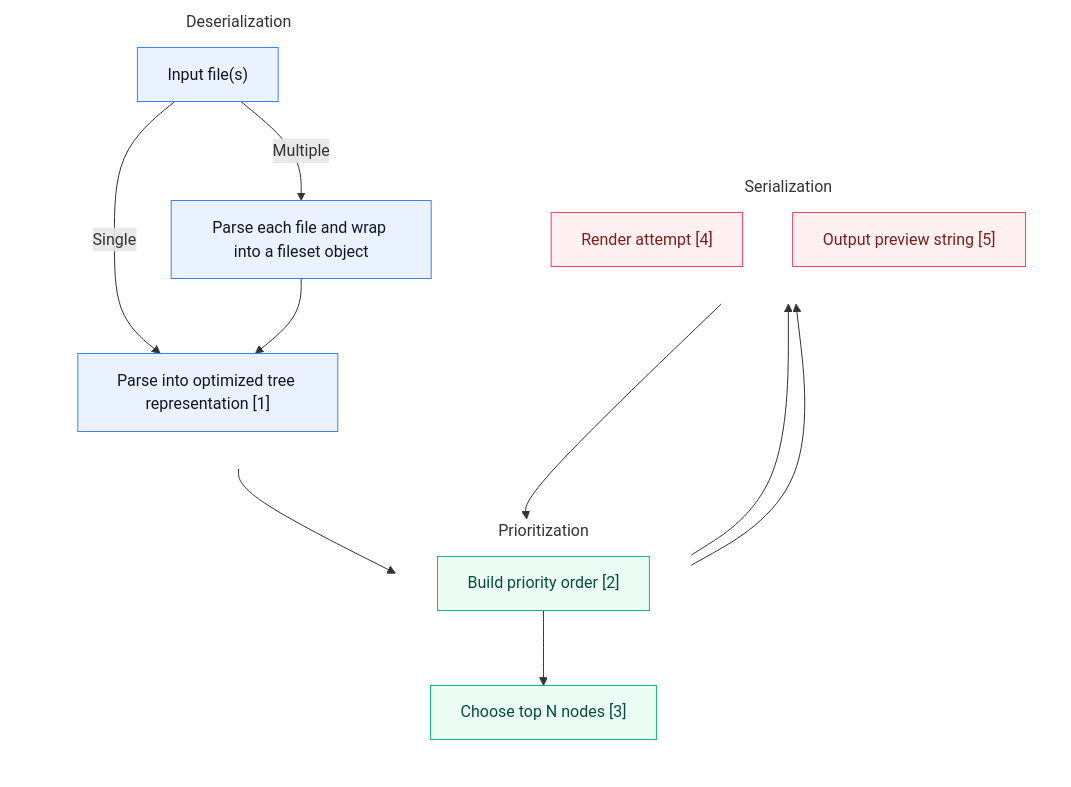
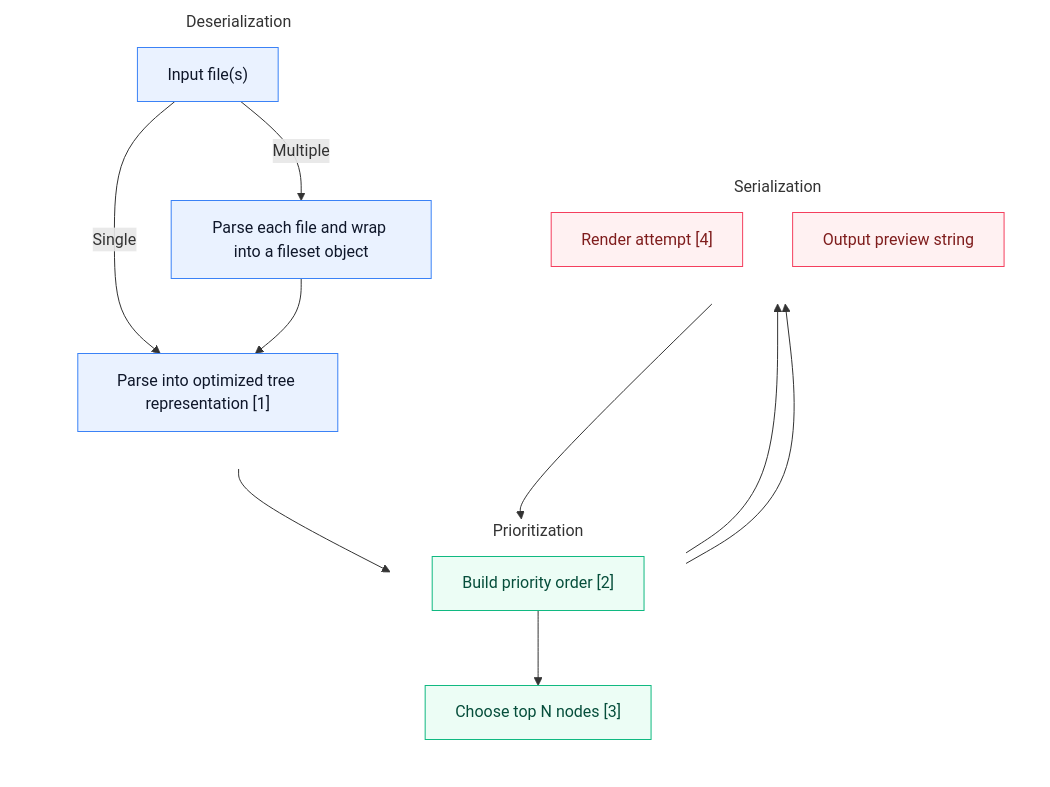
The diagram in README.md (kantord/headson), drawn with Mermaid before and after one commit. The commit also changed other lines of this file, not shown here.

````diff
--- a/README.md
+++ b/README.md
@@ -153,36 +153,36 @@
 ```mermaid
 %%{init: {"themeCSS": ".cluster > rect { fill: transparent; stroke: transparent; } .clusterLabel > text { font-size: 16px; font-weight: 600; } .clusterLabel span { padding: 6px 10px; font-size: 16px; font-weight: 600; }"}}%%
 flowchart TD
     subgraph Deserialization
         direction TB
         A["Input file(s)"]
         A -- Single --> C["Parse into optimized tree representation [1]"]
         A -- Multiple --> D["Parse each file and wrap into a fileset object"]
         D --> C
     end
     subgraph Prioritization
         direction TB
         E["Build priority order [2]"]
         F["Choose top N nodes [3]"]
     end
     subgraph Serialization
         direction TB
         G["Render attempt [4]"]
-        H["Output preview string [5]"]
+        H["Output preview string"]
     end
     C --> E
     E --> F
     F --> G
     G --> F
     F --> H
     %% Color classes for categories
     classDef des fill:#eaf2ff,stroke:#3b82f6,stroke-width:1px,color:#0f172a;
     classDef prio fill:#ecfdf5,stroke:#10b981,stroke-width:1px,color:#064e3b;
     classDef ser fill:#fff1f2,stroke:#f43f5e,stroke-width:1px,color:#7f1d1d;
     class A,C,D des;
     class E,F prio;
     class G,H ser;
     style Deserialization fill:transparent,stroke:transparent
     style Prioritization fill:transparent,stroke:transparent
     style Serialization fill:transparent,stroke:transparent
 ```
````
